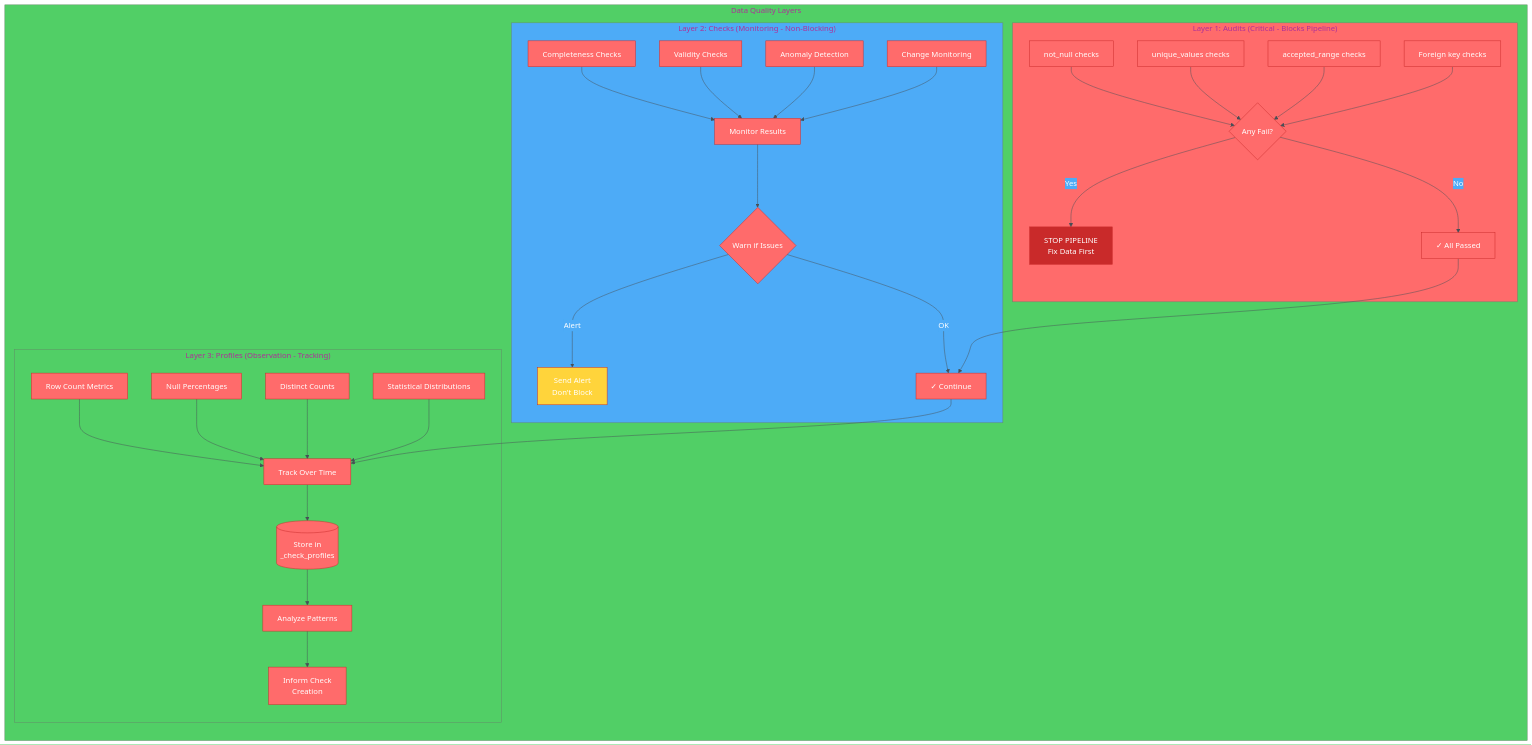
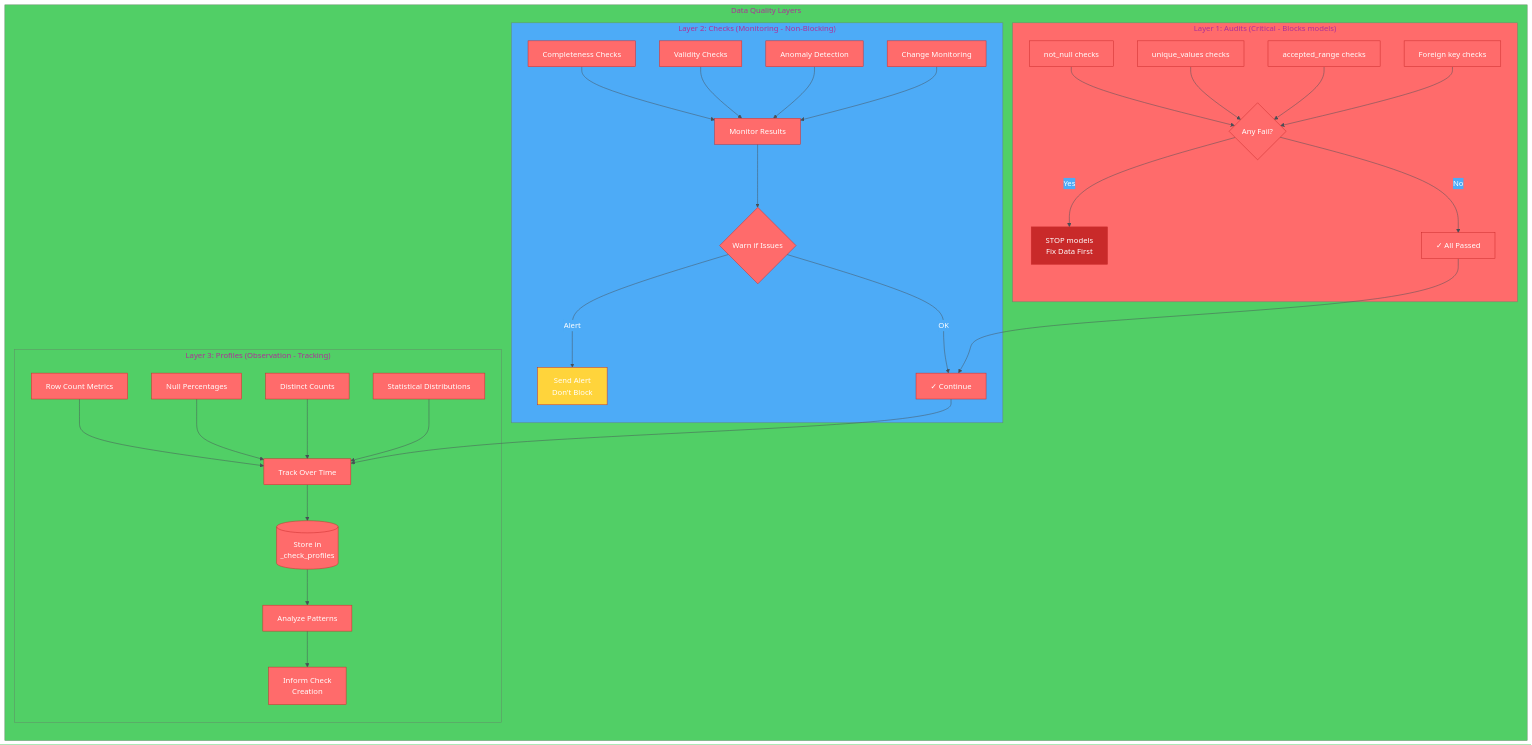
Before and after one commit to tmdc-io/vulcan-book: the diagram in docs/components/checks/three-layer-strategy.mmd, drawn with Mermaid. The commit also changed 31 other files, not shown here.

```diff
--- a/docs/components/checks/three-layer-strategy.mmd
+++ b/docs/components/checks/three-layer-strategy.mmd
@@ -1,65 +1,65 @@
 %%{init: {'theme':'base', 'themeVariables': { 'primaryColor':'#ff6b6b','primaryTextColor':'#fff','primaryBorderColor':'#c92a2a','lineColor':'#495057','secondaryColor':'#4dabf7','tertiaryColor':'#51cf66'}}}%%
 
 %% Three-Layer Data Quality Strategy
 %% Visual representation of Audits → Checks → Profiles
 
 flowchart TB
     subgraph "Data Quality Layers"
         direction TB
         
-        subgraph Layer1["Layer 1: Audits (Critical - Blocks Pipeline)"]
+        subgraph Layer1["Layer 1: Audits (Critical - Blocks models)"]
             A1[not_null checks]
             A2[unique_values checks]
             A3[accepted_range checks]
             A4[Foreign key checks]
             
             A1 --> Block{Any Fail?}
             A2 --> Block
             A3 --> Block
             A4 --> Block
             
-            Block -->|Yes| Stop[STOP PIPELINE<br/>Fix Data First]
+            Block -->|Yes| Stop[STOP models<br/>Fix Data First]
             Block -->|No| Pass1[✓ All Passed]
         end
         
         subgraph Layer2["Layer 2: Checks (Monitoring - Non-Blocking)"]
             C1[Completeness Checks]
             C2[Validity Checks]
             C3[Anomaly Detection]
             C4[Change Monitoring]
             
             C1 --> Monitor[Monitor Results]
             C2 --> Monitor
             C3 --> Monitor
             C4 --> Monitor
             
             Monitor --> Warn{Warn if Issues}
             Warn -->|Alert| Alert[Send Alert<br/>Don't Block]
             Warn -->|OK| Pass2[✓ Continue]
         end
         
         subgraph Layer3["Layer 3: Profiles (Observation - Tracking)"]
             P1[Row Count Metrics]
             P2[Null Percentages]
             P3[Distinct Counts]
             P4[Statistical Distributions]
             
             P1 --> Track[Track Over Time]
             P2 --> Track
             P3 --> Track
             P4 --> Track
             
             Track --> Store[(Store in<br/>_check_profiles)]
             Store --> Analyze[Analyze Patterns]
             Analyze --> Inform[Inform Check<br/>Creation]
         end
         
         Pass1 --> Pass2
         Pass2 --> Track
     end
 
     style Layer1 fill:#ff6b6b
     style Layer2 fill:#4dabf7
     style Layer3 fill:#51cf66
     style Stop fill:#c92a2a
     style Alert fill:#ffd43b
```
